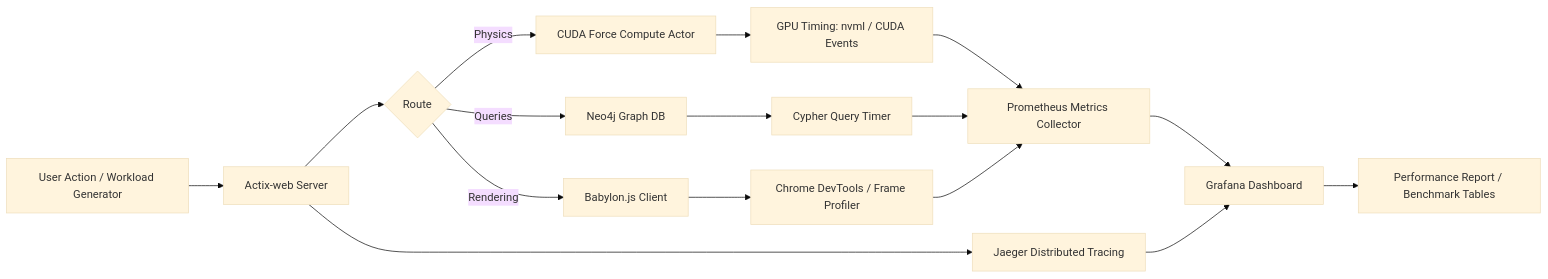
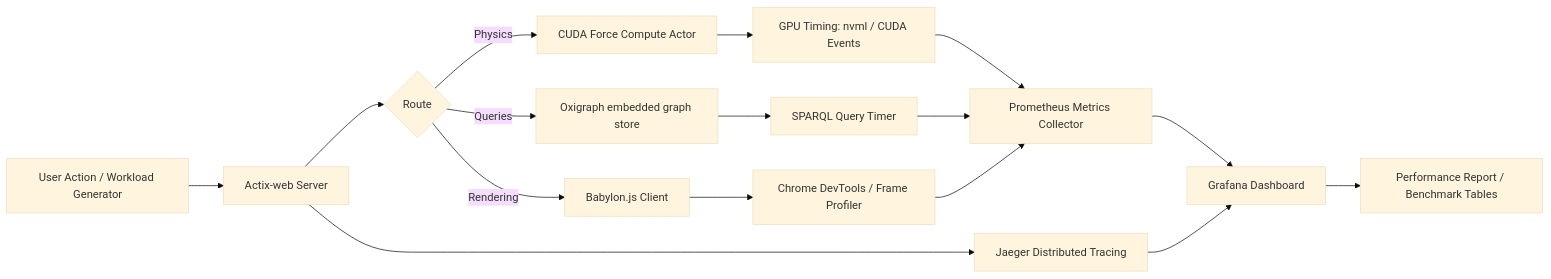
Before and after one commit to shaneholloman/logseq-spring-thing: the second of 2 diagrams in docs/reference/performance-benchmarks.md, drawn with Mermaid (base theme). The commit also changed other lines of this file and 58 other files, not shown here.

First line of the commit message:
docs: Neo4j→Oxigraph + webxr→visionclaw alignment, physics controls, health probes

````diff
--- a/docs/reference/performance-benchmarks.md
+++ b/docs/reference/performance-benchmarks.md
@@ -317,18 +318,18 @@
 ```mermaid
 graph LR
     A[User Action / Workload Generator] --> B[Actix-web Server]
     B --> C{Route}
     C -->|Physics| D[CUDA Force Compute Actor]
-    C -->|Queries| E[Neo4j Graph DB]
+    C -->|Queries| E[Oxigraph embedded graph store]
     C -->|Rendering| F[Babylon.js Client]
     D --> G[GPU Timing: nvml / CUDA Events]
-    E --> H[Cypher Query Timer]
+    E --> H[SPARQL Query Timer]
     F --> I[Chrome DevTools / Frame Profiler]
     G --> J[Prometheus Metrics Collector]
     H --> J
     I --> J
     J --> K[Grafana Dashboard]
     K --> L[Performance Report / Benchmark Tables]
     B --> M[Jaeger Distributed Tracing]
     M --> K
 ```
````
